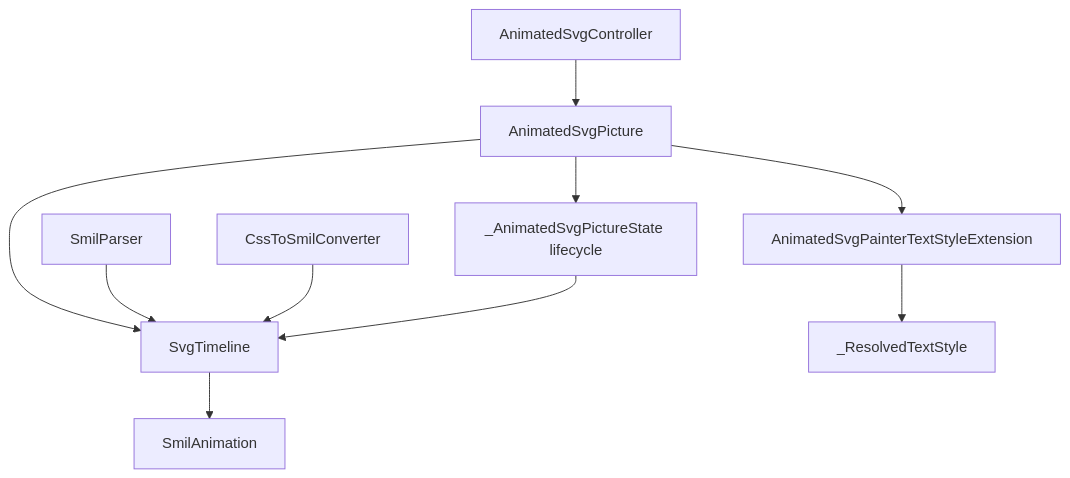
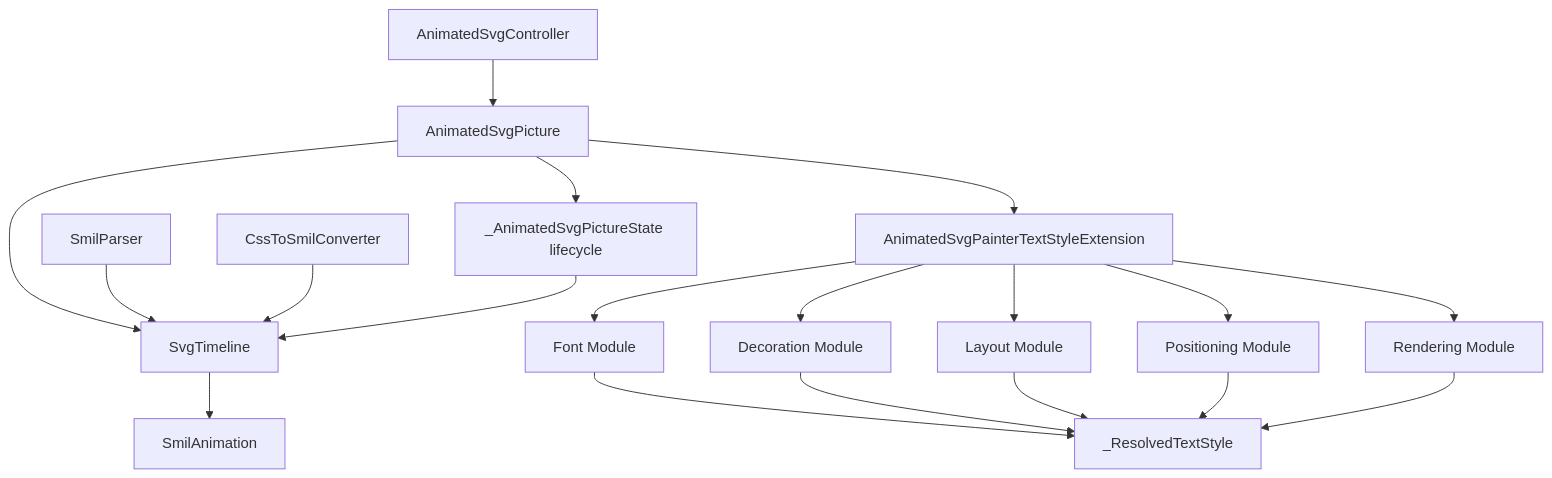
The first of 4 diagrams in .qoder/repowiki/en/content/API Reference/Animation APIs.md (denisnadey/flutter_full_svg_support), drawn with Mermaid before and after one commit. The commit also changed other lines of this file and 18 other files, not shown here.

````diff
--- a/.qoder/repowiki/en/content/API Reference/Animation APIs.md
+++ b/.qoder/repowiki/en/content/API Reference/Animation APIs.md
@@ -60,12 +67,21 @@
 ```mermaid
 graph TB
 Controller["AnimatedSvgController"] --> Picture["AnimatedSvgPicture"]
 Picture --> Timeline["SvgTimeline"]
 Timeline --> Anim["SmilAnimation"]
 Parser["SmilParser"] --> Timeline
 Converter["CssToSmilConverter"] --> Timeline
 Picture --> TextStyleExt["AnimatedSvgPainterTextStyleExtension"]
-TextStyleExt --> ResolvedStyle["_ResolvedTextStyle"]
+TextStyleExt --> FontModule["Font Module"]
+TextStyleExt --> DecorationModule["Decoration Module"]
+TextStyleExt --> LayoutModule["Layout Module"]
+TextStyleExt --> PositioningModule["Positioning Module"]
+TextStyleExt --> RenderingModule["Rendering Module"]
+FontModule --> ResolvedStyle["_ResolvedTextStyle"]
+DecorationModule --> ResolvedStyle
+LayoutModule --> ResolvedStyle
+PositioningModule --> ResolvedStyle
+RenderingModule --> ResolvedStyle
 Picture --> Lifecycle["_AnimatedSvgPictureState lifecycle"]
 Lifecycle --> Timeline
 ```
````
